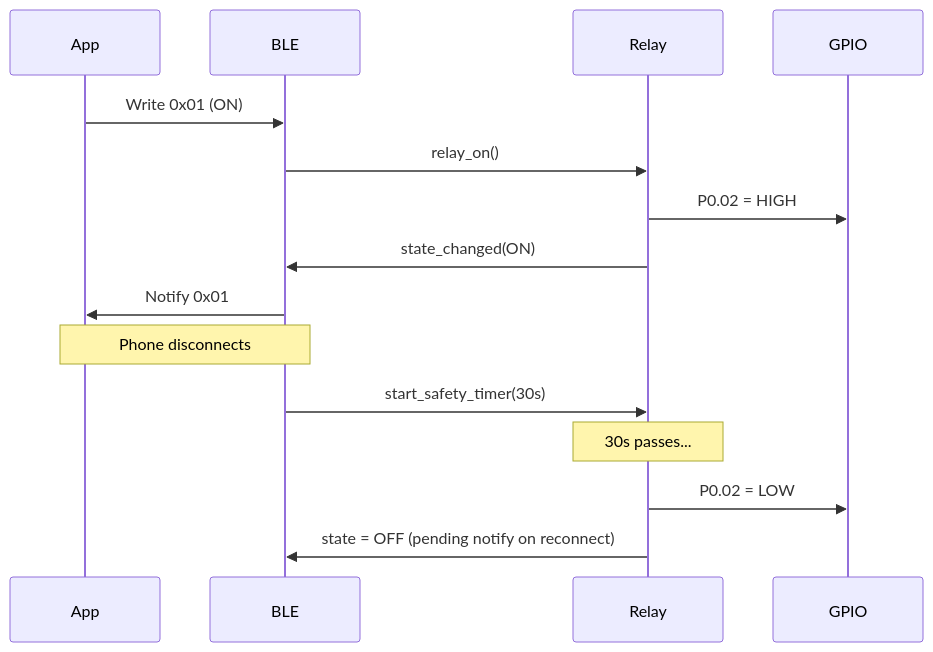
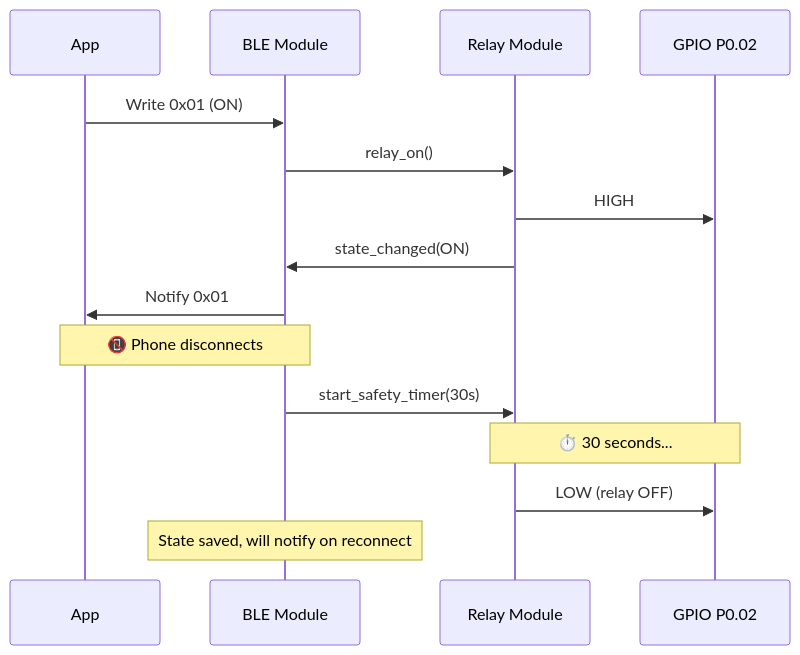
One commit to vabarcaPWR/xiao-remote-button changed the third of 5 diagrams in docs/architecture-firmware.md. Above: the diagram before and after it, drawn with Mermaid. The commit also changed other lines of this file and 2 other files, not shown here.

````diff
--- a/docs/architecture-firmware.md
+++ b/docs/architecture-firmware.md
@@ -79,19 +103,20 @@
 ```mermaid
 sequenceDiagram
-    participant App
-    participant BLE
-    participant Relay
-    participant GPIO
+    participant 📱 as App
+    participant 📡 as BLE Module
+    participant 🔌 as Relay Module
+    participant ⚡ as GPIO P0.02
 
-    App->>BLE: Write 0x01 (ON)
-    BLE->>Relay: relay_on()
-    Relay->>GPIO: P0.02 = HIGH
-    Relay->>BLE: state_changed(ON)
-    BLE->>App: Notify 0x01
+    📱->>📡: Write 0x01 (ON)
+    📡->>🔌: relay_on()
+    🔌->>⚡: HIGH
+    🔌->>📡: state_changed(ON)
+    📡->>📱: Notify 0x01
 
-    Note over App,BLE: Phone disconnects
-    BLE->>Relay: start_safety_timer(30s)
-    Note over Relay: 30s passes...
-    Relay->>GPIO: P0.02 = LOW
-    Relay->>BLE: state = OFF (pending notify on reconnect)
+    Note over 📱,📡: 📵 Phone disconnects
+
+    📡->>🔌: start_safety_timer(30s)
+    Note over 🔌,⚡: ⏱️ 30 seconds...
+    🔌->>⚡: LOW (relay OFF)
+    Note over 📡: State saved, will notify on reconnect
 ```
````
